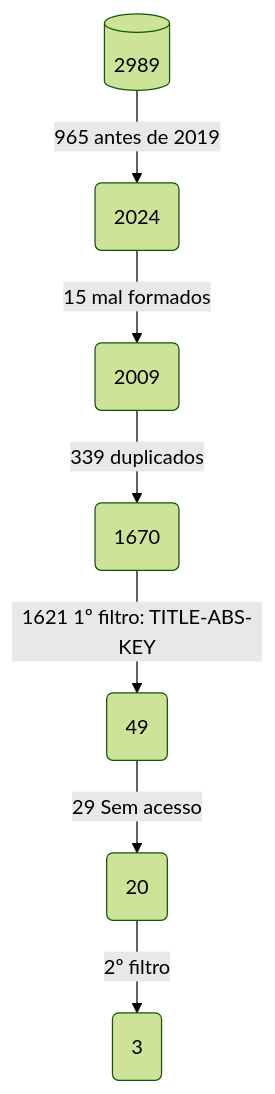
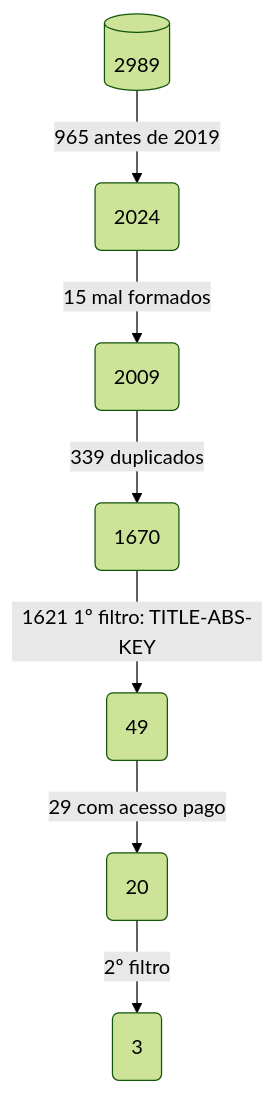
Before and after one commit to emanoelopes/-SBBD_DS4SG_2024_RSL: the diagram in flowchart.mermaid, drawn with Mermaid (forest theme).

```diff
--- a/flowchart.mermaid
+++ b/flowchart.mermaid
@@ -1,7 +1,7 @@
 flowchart TD
     A[(2989)] -->|965 antes de 2019| B(2024)
     B --> |15 mal formados| C(2009)
     C --> |339 duplicados | D(1670)
     D --> |1621 1º filtro: TITLE-ABS-KEY | E(49)
-    E --> |29 Sem acesso| F(20)
+    E --> |29 com acesso pago| F(20)
     F --> |2º filtro| G(3)
```
